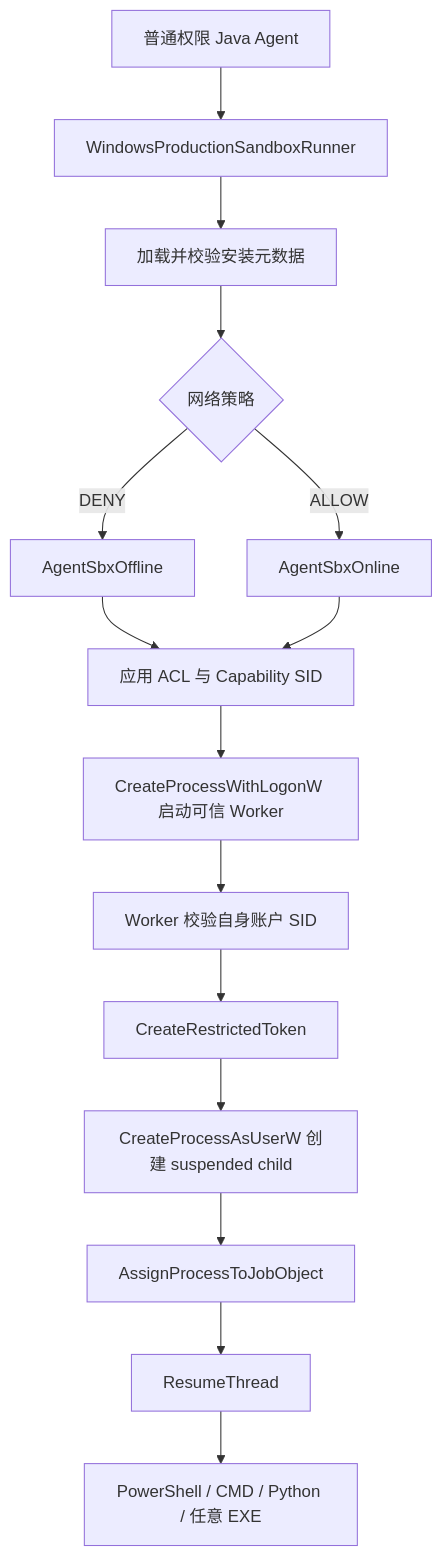
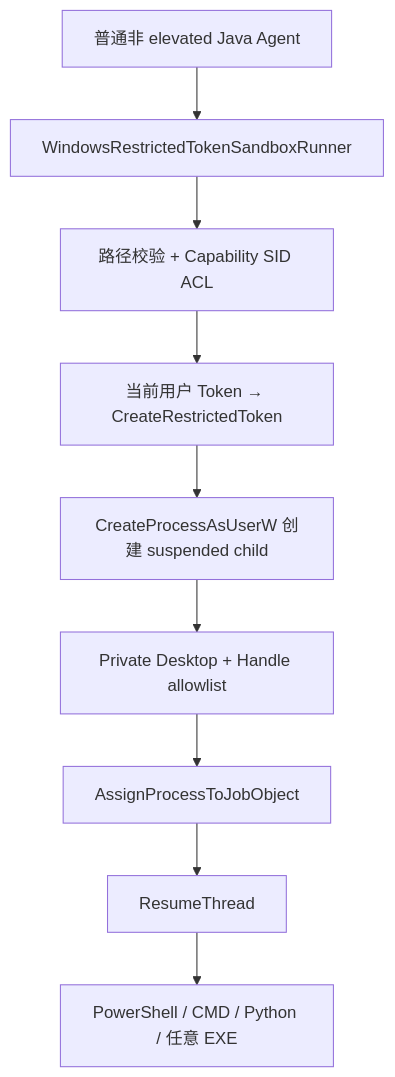
One commit to umuo/sandbox-demo changed the first of 2 diagrams in docs/platforms/windows.md. Above: the diagram before and after it, drawn with Mermaid. The commit also changed other lines of this file and 34 other files, not shown here.

Commit message:
feat: simplify Windows sandbox permissions

````diff
--- a/docs/platforms/windows.md
+++ b/docs/platforms/windows.md
@@ -17,17 +18,11 @@
 ```mermaid
 flowchart TD
-    A["普通权限 Java Agent"] --> B["WindowsProductionSandboxRunner"]
-    B --> C["加载并校验安装元数据"]
-    C --> D{"网络策略"}
-    D -->|DENY| E["AgentSbxOffline"]
-    D -->|ALLOW| F["AgentSbxOnline"]
-    E --> G["应用 ACL 与 Capability SID"]
-    F --> G
-    G --> H["CreateProcessWithLogonW 启动可信 Worker"]
-    H --> I["Worker 校验自身账户 SID"]
-    I --> J["CreateRestrictedToken"]
-    J --> K["CreateProcessAsUserW 创建 suspended child"]
-    K --> L["AssignProcessToJobObject"]
-    L --> M["ResumeThread"]
-    M --> N["PowerShell / CMD / Python / 任意 EXE"]
+    A["普通非 elevated Java Agent"] --> B["WindowsRestrictedTokenSandboxRunner"]
+    B --> C["路径校验 + Capability SID ACL"]
+    C --> D["当前用户 Token → CreateRestrictedToken"]
+    D --> E["CreateProcessAsUserW 创建 suspended child"]
+    E --> F["Private Desktop + Handle allowlist"]
+    F --> G["AssignProcessToJobObject"]
+    G --> H["ResumeThread"]
+    H --> I["PowerShell / CMD / Python / 任意 EXE"]
 ```
````
